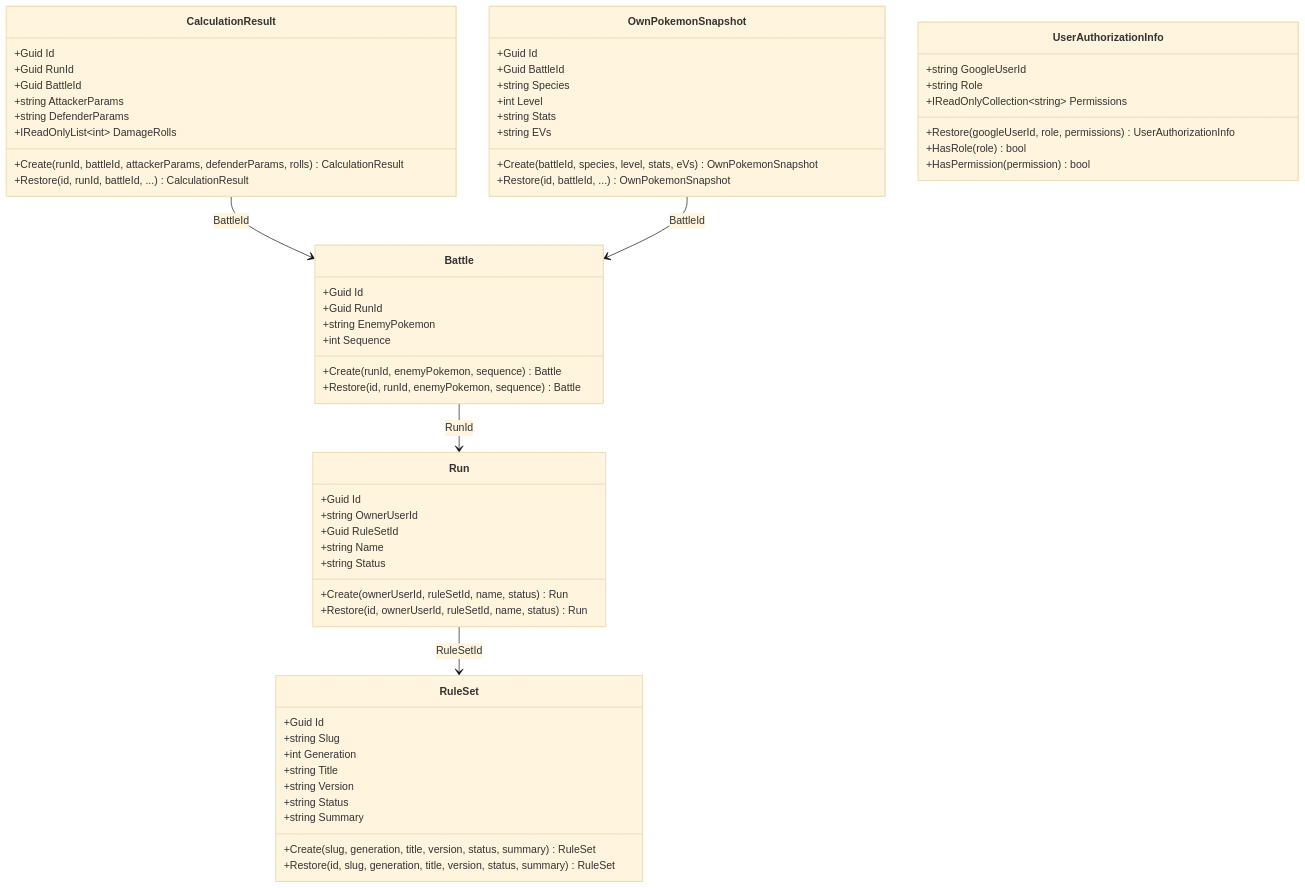
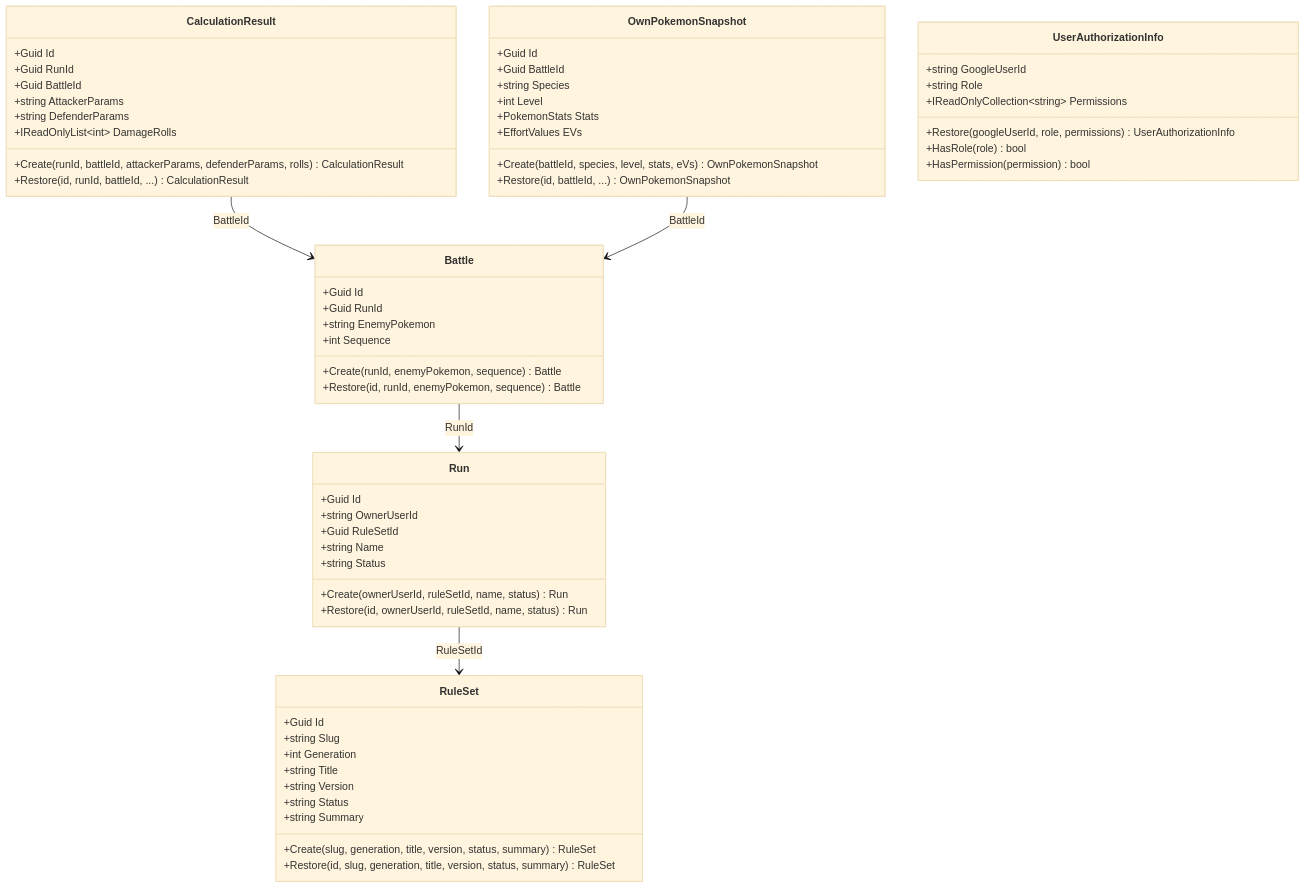
One commit to p-o-ke-nae/pokemondamagecalculatorforstory changed the diagram in docs/design/domain-model.md. Above: the diagram before and after it, drawn with Mermaid (base theme). The commit also changed other lines of this file and 11 other files, not shown here.

Commit message:
refactor(domain): model snapshot stats and evs

````diff
--- a/docs/design/domain-model.md
+++ b/docs/design/domain-model.md
@@ -316,69 +316,69 @@
 ```mermaid
 classDiagram
     class RuleSet {
         +Guid Id
         +string Slug
         +int Generation
         +string Title
         +string Version
         +string Status
         +string Summary
         +Create(slug, generation, title, version, status, summary) RuleSet
         +Restore(id, slug, generation, title, version, status, summary) RuleSet
     }
 
     class Run {
         +Guid Id
         +string OwnerUserId
         +Guid RuleSetId
         +string Name
         +string Status
         +Create(ownerUserId, ruleSetId, name, status) Run
         +Restore(id, ownerUserId, ruleSetId, name, status) Run
     }
 
     class Battle {
         +Guid Id
         +Guid RunId
         +string EnemyPokemon
         +int Sequence
         +Create(runId, enemyPokemon, sequence) Battle
         +Restore(id, runId, enemyPokemon, sequence) Battle
     }
 
     class CalculationResult {
         +Guid Id
         +Guid RunId
         +Guid BattleId
         +string AttackerParams
         +string DefenderParams
         +IReadOnlyList~int~ DamageRolls
         +Create(runId, battleId, attackerParams, defenderParams, rolls) CalculationResult
         +Restore(id, runId, battleId, ...) CalculationResult
     }
 
     class OwnPokemonSnapshot {
         +Guid Id
         +Guid BattleId
         +string Species
         +int Level
-        +string Stats
-        +string EVs
+        +PokemonStats Stats
+        +EffortValues EVs
         +Create(battleId, species, level, stats, eVs) OwnPokemonSnapshot
         +Restore(id, battleId, ...) OwnPokemonSnapshot
     }
 
     class UserAuthorizationInfo {
         +string GoogleUserId
         +string Role
         +IReadOnlyCollection~string~ Permissions
         +Restore(googleUserId, role, permissions) UserAuthorizationInfo
         +HasRole(role) bool
         +HasPermission(permission) bool
     }
 
     Run --> RuleSet : RuleSetId
     Battle --> Run : RunId
     CalculationResult --> Battle : BattleId
     OwnPokemonSnapshot --> Battle : BattleId
 ```
````
